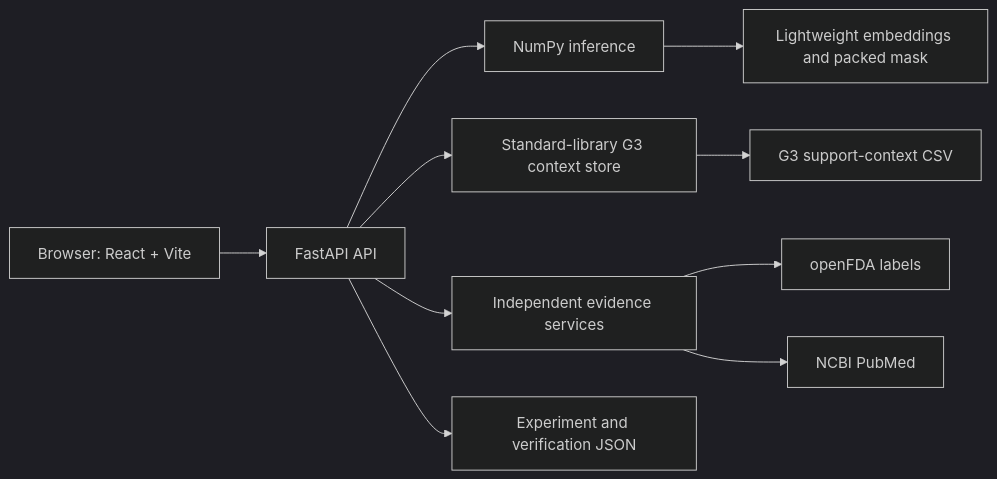
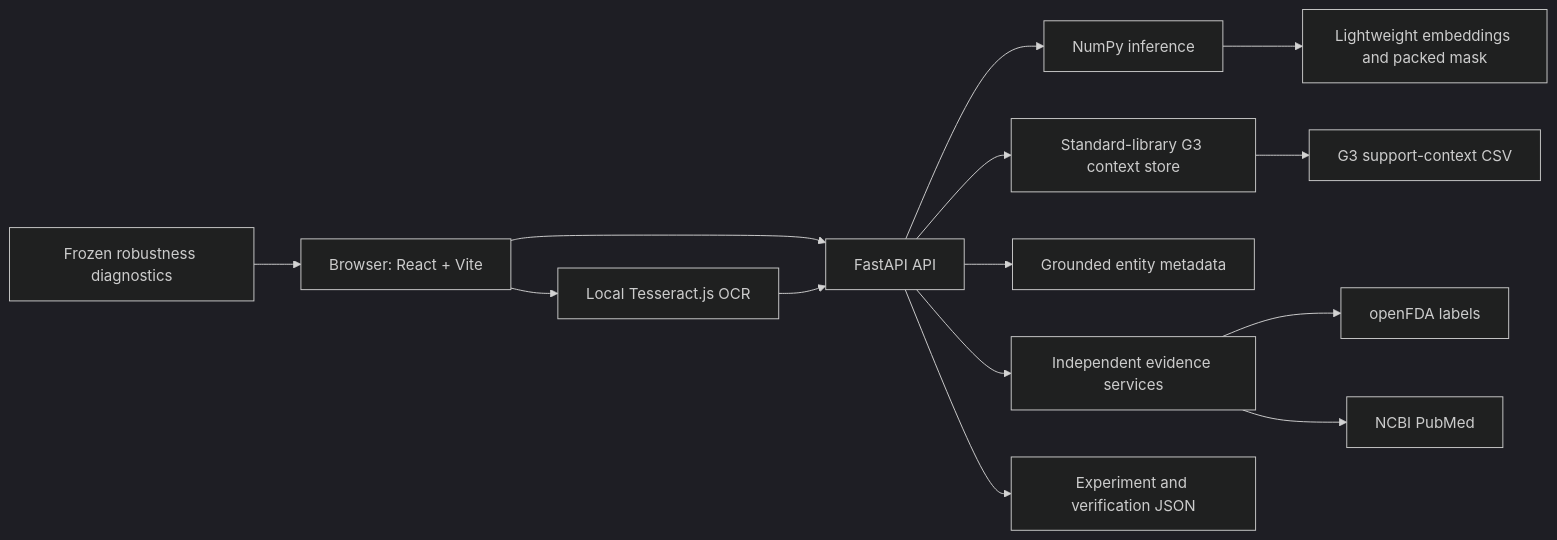
The second of 2 diagrams in README.md (Tuvshinjargal03/CHEERS-PrimeKG-RGCN-DDI-Prediction_draft1), drawn with Mermaid (dark theme) before and after one commit. The commit also changed other lines of this file, not shown here.

````diff
--- a/README.md
+++ b/README.md
@@ -838,12 +965,16 @@
 ```mermaid
 flowchart LR
     B[Browser: React + Vite] --> F[FastAPI API]
+    B --> OCR[Local Tesseract.js OCR]
+    OCR --> F
     F --> N[NumPy inference]
     N --> L[Lightweight embeddings and packed mask]
     F --> C[Standard-library G3 context store]
     C --> CSV[G3 support-context CSV]
+    F --> MD[Grounded entity metadata]
     F --> E[Independent evidence services]
     E --> O[openFDA labels]
     E --> P[NCBI PubMed]
     F --> R[Experiment and verification JSON]
+    X[Frozen robustness diagnostics] --> B
 ```
````
